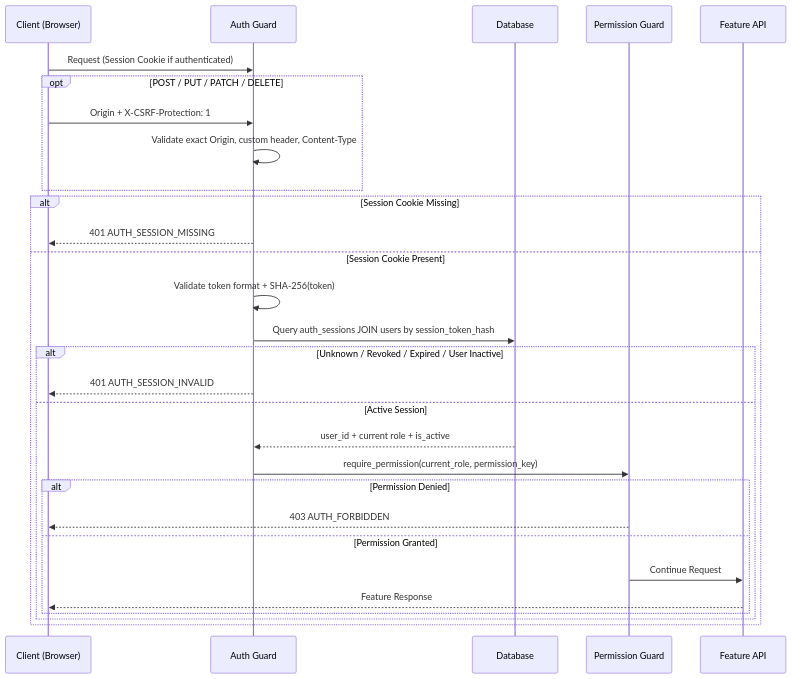
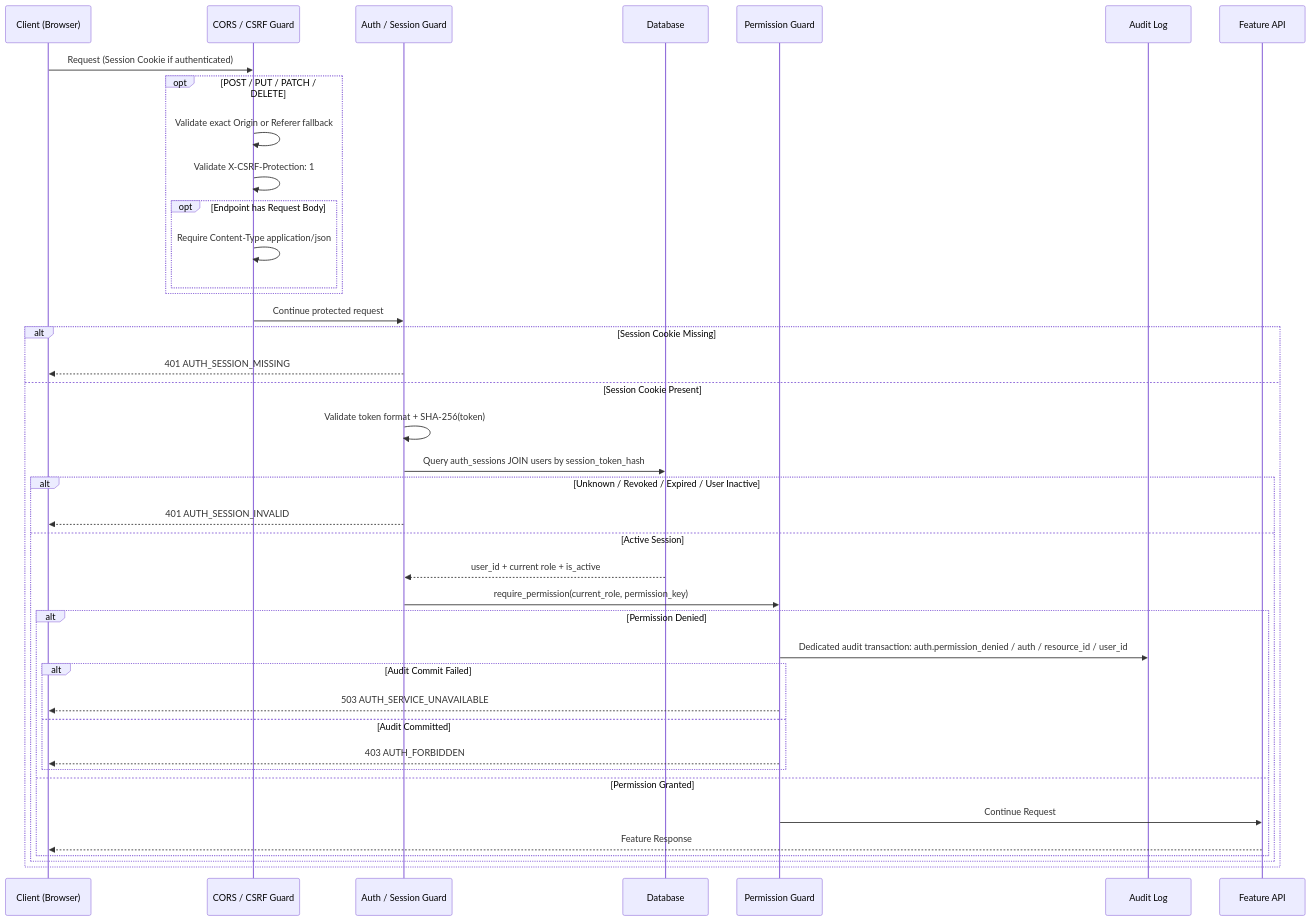
Before and after one commit to napgat/NyNetMate-Research: the second of 3 diagrams in 02_feature/00_Authentication(Naphat)/03_Component Diagram.md, drawn with Mermaid. The commit also changed other lines of this file and 90 other files, not shown here.

````diff
--- a/02_feature/00_Authentication(Naphat)/03_Component Diagram.md
+++ b/02_feature/00_Authentication(Naphat)/03_Component Diagram.md
@@ -38,32 +60,43 @@
 ```mermaid
 sequenceDiagram
     participant C as Client (Browser)
-    participant G as Auth Guard
+    participant X as CORS / CSRF Guard
+    participant G as Auth / Session Guard
     participant DB as Database
     participant P as Permission Guard
+    participant L as Audit Log
     participant API as Feature API
 
-    C->>G: Request (Session Cookie if authenticated)
+    C->>X: Request (Session Cookie if authenticated)
     opt POST / PUT / PATCH / DELETE
-        C->>G: Origin + X-CSRF-Protection: 1
-        G->>G: Validate exact Origin, custom header, Content-Type
+        X->>X: Validate exact Origin or Referer fallback
+        X->>X: Validate X-CSRF-Protection: 1
+        opt Endpoint has Request Body
+            X->>X: Require Content-Type application/json
+        end
     end
+    X->>G: Continue protected request
     alt Session Cookie Missing
         G-->>C: 401 AUTH_SESSION_MISSING
     else Session Cookie Present
         G->>G: Validate token format + SHA-256(token)
         G->>DB: Query auth_sessions JOIN users by session_token_hash
         alt Unknown / Revoked / Expired / User Inactive
             G-->>C: 401 AUTH_SESSION_INVALID
         else Active Session
             DB-->>G: user_id + current role + is_active
             G->>P: require_permission(current_role, permission_key)
             alt Permission Denied
-                P-->>C: 403 AUTH_FORBIDDEN
+                P->>L: Dedicated audit transaction: auth.permission_denied / auth / resource_id / user_id
+                alt Audit Commit Failed
+                    P-->>C: 503 AUTH_SERVICE_UNAVAILABLE
+                else Audit Committed
+                    P-->>C: 403 AUTH_FORBIDDEN
+                end
             else Permission Granted
                 P->>API: Continue Request
                 API-->>C: Feature Response
             end
         end
     end
 ```
````
